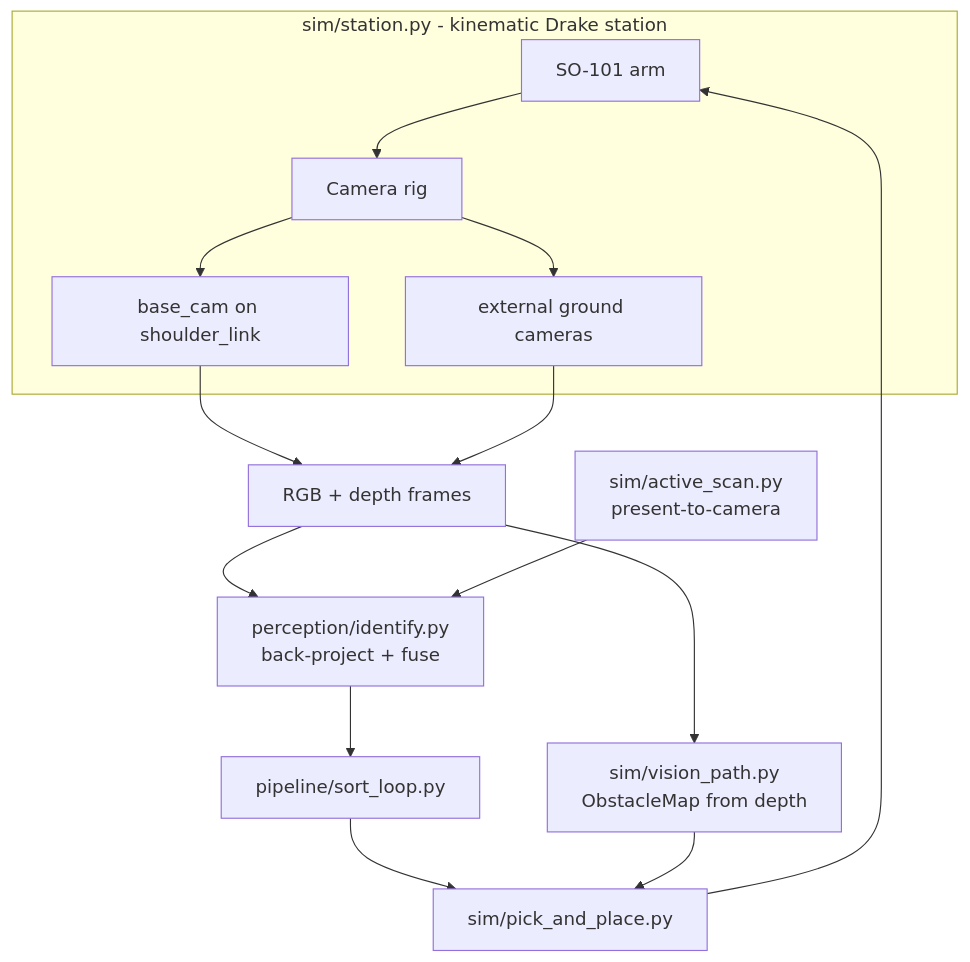
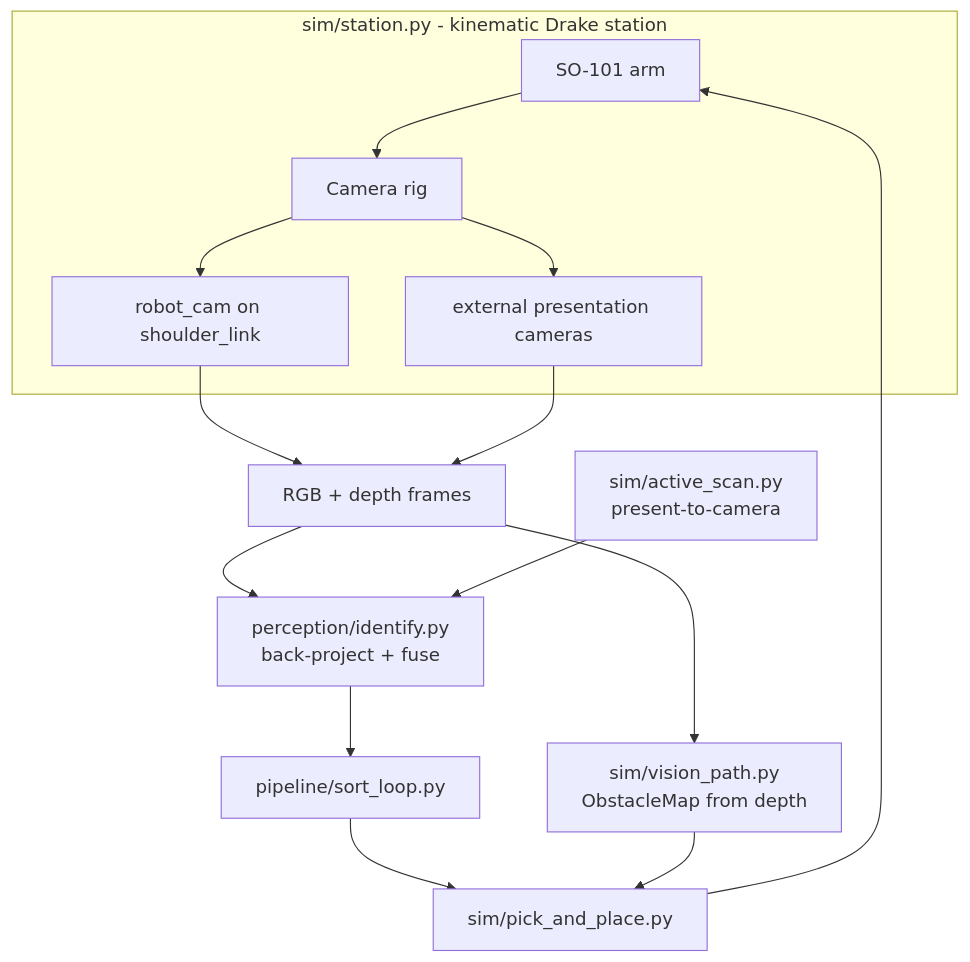
The first of 2 diagrams in .kiro/specs/camera-vision/design.md (muktharamesh20/hackachusetts), drawn with Mermaid before and after one commit. The commit also changed other lines of this file and 2 other files, not shown here.

Commit message:
docs(spec): camera-vision revision for active presentation fix

````diff
--- a/.kiro/specs/camera-vision/design.md
+++ b/.kiro/specs/camera-vision/design.md
@@ -17,17 +19,17 @@
 ```mermaid
 flowchart TD
     subgraph Station[sim/station.py - kinematic Drake station]
         ARM[SO-101 arm] --> RIG[Camera rig]
-        RIG --> BASE[base_cam on shoulder_link]
-        RIG --> EXT[external ground cameras]
+        RIG --> BASE[robot_cam on shoulder_link]
+        RIG --> EXT[external presentation cameras]
     end
     BASE --> FRAMES[RGB + depth frames]
     EXT --> FRAMES
     FRAMES --> ID[perception/identify.py\nback-project + fuse]
     FRAMES --> OBST[sim/vision_path.py\nObstacleMap from depth]
     ID --> LOOP[pipeline/sort_loop.py]
     ACT[sim/active_scan.py\npresent-to-camera] --> ID
     LOOP --> PNP[sim/pick_and_place.py]
     OBST --> PNP
     PNP --> ARM
 ```
````
